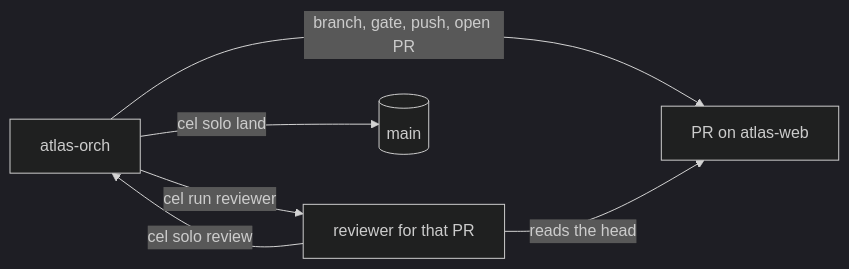
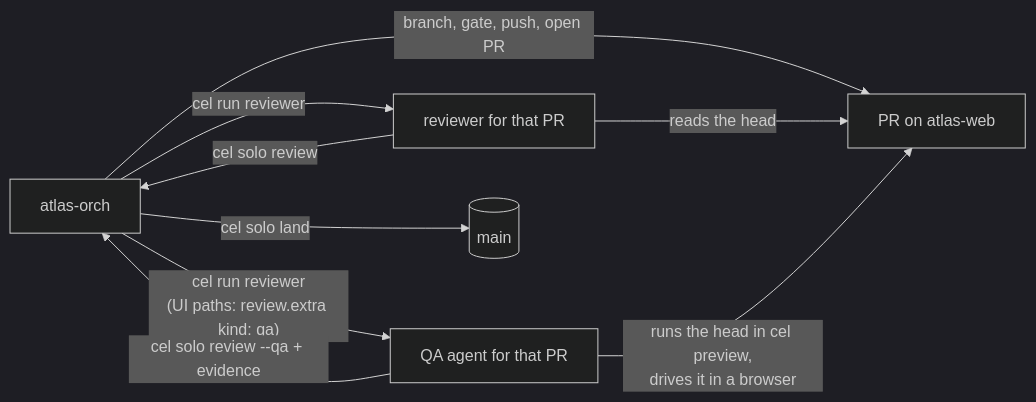
The second of 6 diagrams in README.md (geoffwellman/celestial), drawn with Mermaid (dark theme) before and after one commit. The commit also changed other lines of this file and 27 other files, not shown here.

First line of the commit message:
QA agents on UI PRs: review.extra kind qa, cel run reviewer --qa, land needs their head approval (#284)

````diff
--- a/README.md
+++ b/README.md
@@ -159,8 +159,11 @@
 ```mermaid
 flowchart LR
   agent["atlas-orch"] -- "branch, gate, push, open PR" --> pr["PR on atlas-web"]
   agent -- "cel run reviewer" --> rev["reviewer for that PR"]
+  agent -- "cel run reviewer<br/>(UI paths: review.extra kind: qa)" --> qa["QA agent for that PR"]
   rev -- "reads the head" --> pr
+  qa -- "runs the head in cel preview,<br/>drives it in a browser" --> pr
   rev -- "cel solo review" --> agent
+  qa -- "cel solo review --qa + evidence" --> agent
   agent -- "cel solo land" --> main[("main")]
 ```
````
